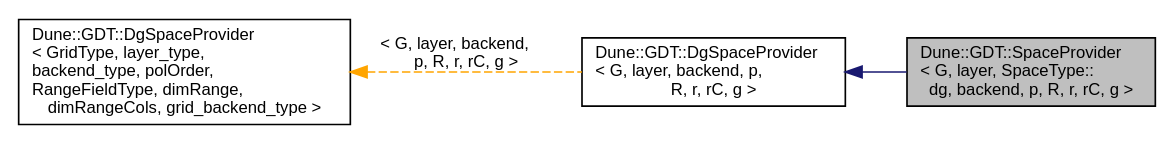
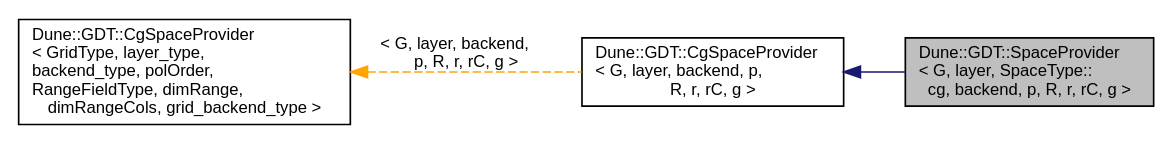
The diagram in docs/dune-gdt/master/a02932.dot (dune-community/dune-community.github.io), drawn with Graphviz before and after one commit. The commit also changed 1982 other files, not shown here.

Commit message:
Updated documentation for dune-gdt master

```diff
--- a/docs/dune-gdt/master/a02932.dot
+++ b/docs/dune-gdt/master/a02932.dot
@@ -1,11 +1,11 @@
-digraph "Dune::GDT::SpaceProvider&lt; G, layer, SpaceType::dg, backend, p, R, r, rC, g &gt;"
+digraph "Dune::GDT::SpaceProvider&lt; G, layer, SpaceType::cg, backend, p, R, r, rC, g &gt;"
 {
   edge [fontname="Helvetica",fontsize="10",labelfontname="Helvetica",labelfontsize="10"];
   node [fontname="Helvetica",fontsize="10",shape=record];
   rankdir="LR";
-  Node0 [label="Dune::GDT::SpaceProvider\l\< G, layer, SpaceType::\ldg, backend, p, R, r, rC, g \>",height=0.2,width=0.4,color="black", fillcolor="grey75", style="filled", fontcolor="black"];
+  Node0 [label="Dune::GDT::SpaceProvider\l\< G, layer, SpaceType::\lcg, backend, p, R, r, rC, g \>",height=0.2,width=0.4,color="black", fillcolor="grey75", style="filled", fontcolor="black"];
   Node1 -> Node0 [dir="back",color="midnightblue",fontsize="10",style="solid",fontname="Helvetica"];
-  Node1 [label="Dune::GDT::DgSpaceProvider\l\< G, layer, backend, p,\l R, r, rC, g \>",height=0.2,width=0.4,color="black", fillcolor="white", style="filled",URL="$a02601.html"];
+  Node1 [label="Dune::GDT::CgSpaceProvider\l\< G, layer, backend, p,\l R, r, rC, g \>",height=0.2,width=0.4,color="black", fillcolor="white", style="filled",URL="$a02481.html"];
   Node2 -> Node1 [dir="back",color="orange",fontsize="10",style="dashed",label=" \< G, layer, backend,\l p, R, r, rC, g \>" ,fontname="Helvetica"];
-  Node2 [label="Dune::GDT::DgSpaceProvider\l\< GridType, layer_type,\l backend_type, polOrder,\l RangeFieldType, dimRange,\l dimRangeCols, grid_backend_type \>",height=0.2,width=0.4,color="black", fillcolor="white", style="filled",URL="$a02601.html"];
+  Node2 [label="Dune::GDT::CgSpaceProvider\l\< GridType, layer_type,\l backend_type, polOrder,\l RangeFieldType, dimRange,\l dimRangeCols, grid_backend_type \>",height=0.2,width=0.4,color="black", fillcolor="white", style="filled",URL="$a02481.html"];
 }
```
